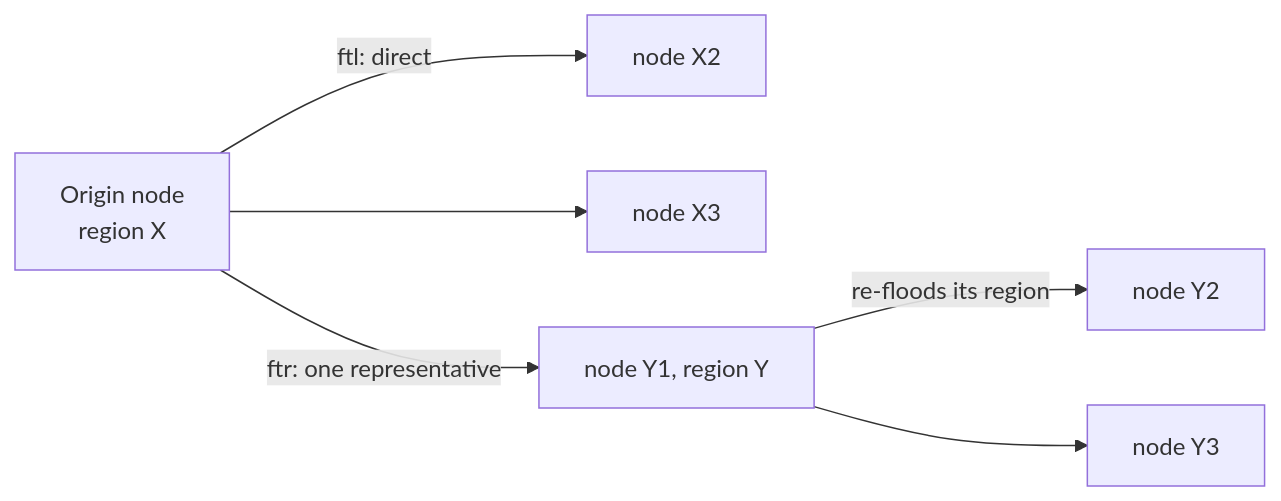
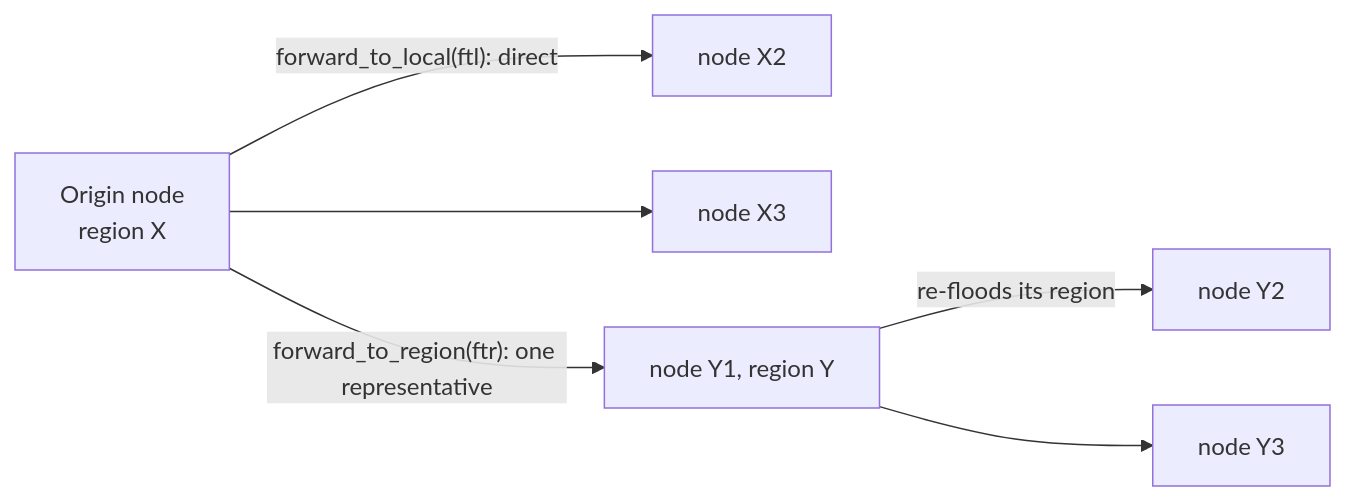
The fourth of 6 diagrams in ARCHITECTURE.md (supabase/realtime), drawn with Mermaid before and after one commit. The commit also changed other lines of this file, not shown here.

First line of the commit message:
chore(docs): Extend ARCHITECTURE.md with some expansions

````diff
--- a/ARCHITECTURE.md
+++ b/ARCHITECTURE.md
@@ -137,8 +147,8 @@
 ```mermaid
 flowchart LR
-    O["Origin node<br/>region X"] -->|"ftl: direct"| X2["node X2"]
+    O["Origin node<br/>region X"] -->|"forward_to_local(ftl): direct"| X2["node X2"]
     O --> X3["node X3"]
-    O -->|"ftr: one representative"| Y1["node Y1, region Y"]
+    O -->|"forward_to_region(ftr): one representative"| Y1["node Y1, region Y"]
     Y1 -->|"re-floods its region"| Y2["node Y2"]
     Y1 --> Y3["node Y3"]
 ```
````
